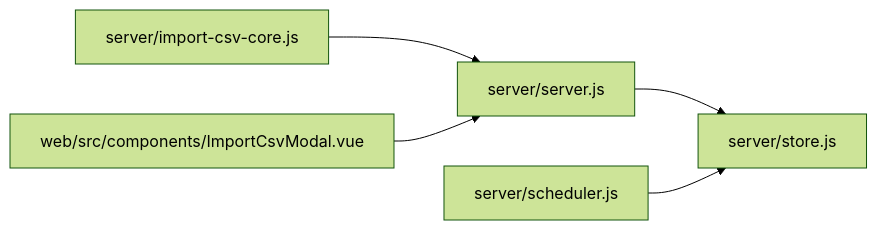
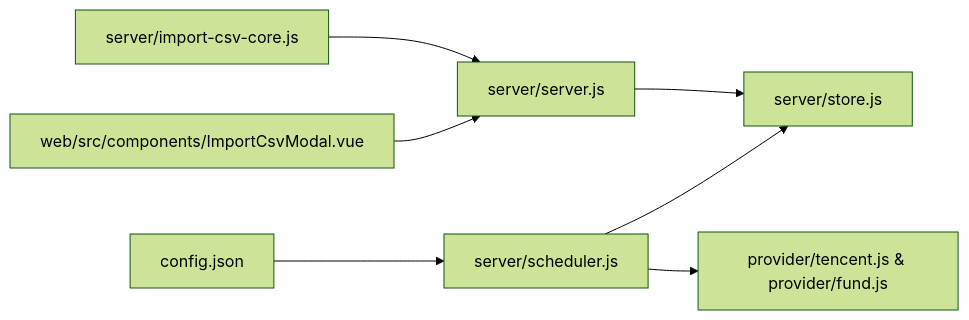
The fifth of 5 diagrams in .qoder/repowiki/zh/content/系统架构/数据流设计/数据持久化.md (salenju/stock-advisor), drawn with Mermaid (forest theme) before and after one commit. The commit also changed other lines of this file and 31 other files, not shown here.

````diff
--- a/.qoder/repowiki/zh/content/系统架构/数据流设计/数据持久化.md
+++ b/.qoder/repowiki/zh/content/系统架构/数据流设计/数据持久化.md
@@ -243,7 +303,9 @@
 ```mermaid
 graph LR
 Server["server/server.js"] --> Store["server/store.js"]
 Scheduler["server/scheduler.js"] --> Store
+Scheduler --> Provider["provider/tencent.js & provider/fund.js"]
 ImportCore["server/import-csv-core.js"] --> Server
 Frontend["web/src/components/ImportCsvModal.vue"] --> Server
+Config["config.json"] --> Scheduler
 ```
````
